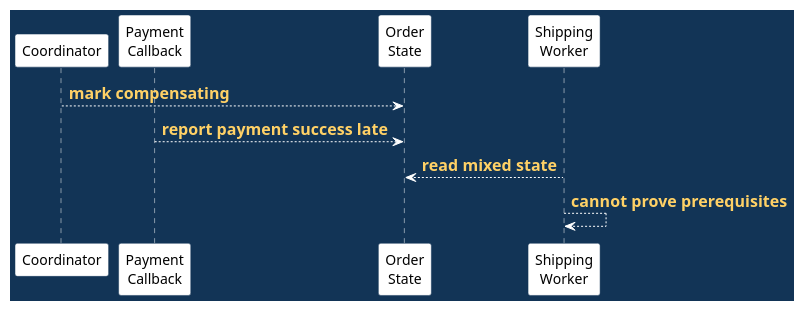
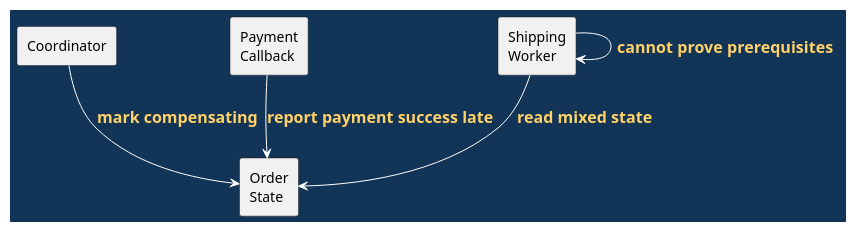
The sixth of 15 diagrams in doc/lectures/week5/workflow_example/README.slides.adoc (madajaju/CS5254), drawn with PlantUML before and after one commit. The commit also changed other lines of this file and 74 other files, not shown here.

```diff
--- a/doc/lectures/week5/workflow_example/README.slides.adoc
+++ b/doc/lectures/week5/workflow_example/README.slides.adoc
@@ -195,28 +195,28 @@
 [plantuml,delayed-callback,svg,width=100%]
 ----
 @startuml
 skinparam BackgroundColor #123456
 skinparam DefaultFontColor black
 skinparam ArrowColor white
 skinparam ArrowFontColor #ffd166
 skinparam ArrowFontStyle bold
 skinparam ArrowFontSize 16
 skinparam BorderColor #123456
 skinparam shadowing false
 skinparam sequence {
   LifeLineBorderColor white
   LifeLineBackgroundColor white
   ParticipantBorderColor #123456
   ParticipantBackgroundColor white
   ParticipantFontColor black
 }
-participant "Coordinator" as C
-participant "Payment\nCallback" as P
-participant "Order\nState" as O
-participant "Shipping\nWorker" as S
+rectangle "Coordinator" as C
+rectangle "Payment\nCallback" as P
+rectangle "Order\nState" as O
+rectangle "Shipping\nWorker" as S
 C --> O : mark compensating
 P --> O : report payment success late
 S --> O : read mixed state
 S --> S : cannot prove prerequisites
 @enduml
 ----
```
